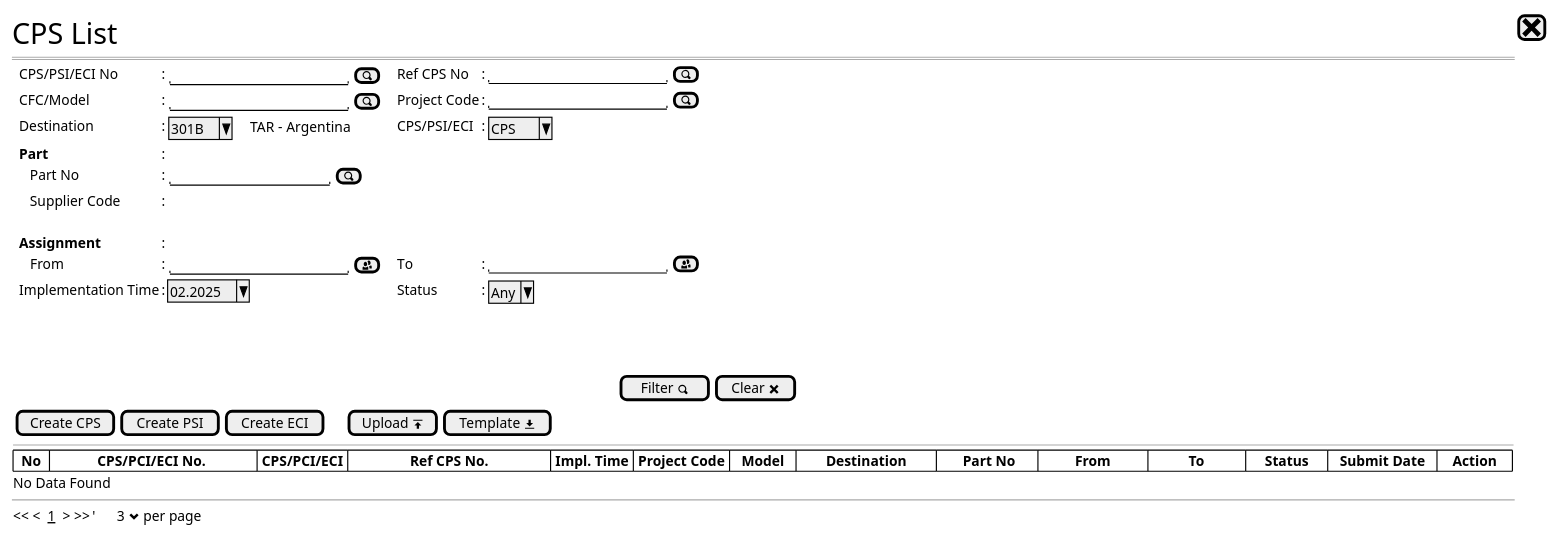
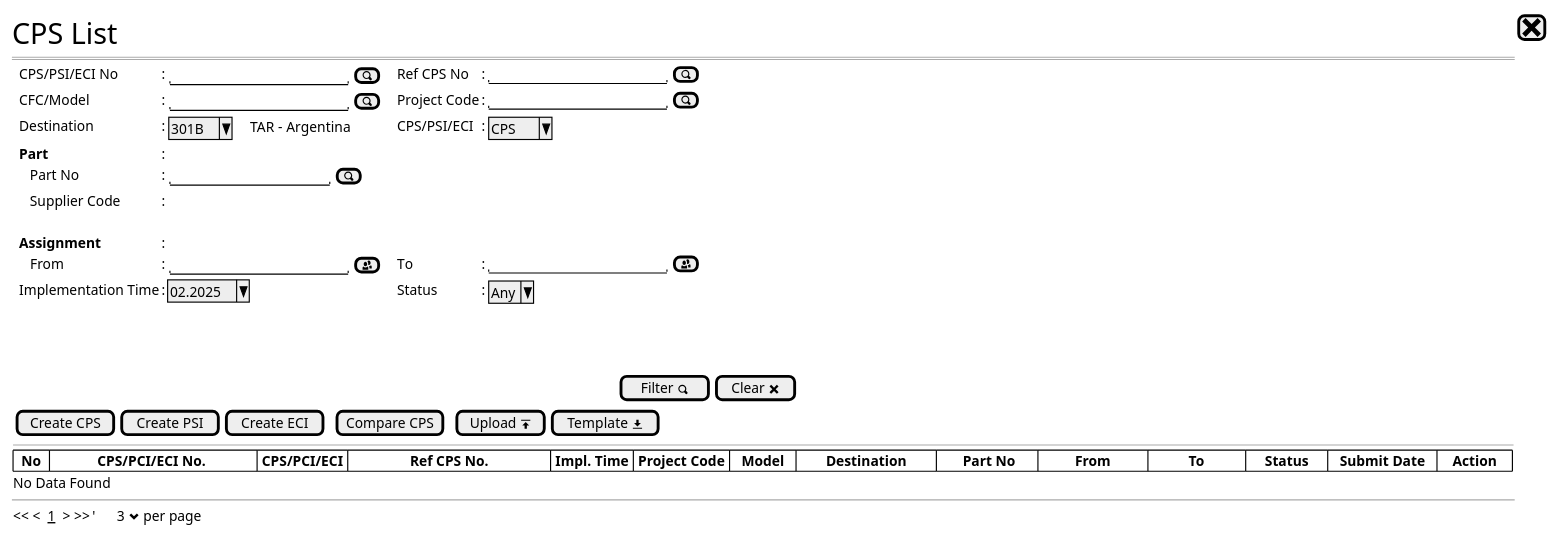
Before and after one commit to ari-fikri/packing-cost-mockup: the diagram in CPS PSE scenario/cps - new step0 (pse).puml, drawn with PlantUML. The commit also changed 2 other files, not shown here.

Commit message:
Add Compare button in CPS List to compare Submitted CPSes

```diff
--- a/CPS PSE scenario/cps - new step0 (pse).puml
+++ b/CPS PSE scenario/cps - new step0 (pse).puml
@@ -1,35 +1,35 @@
 @startsalt
 {
   <size:25>CPS List |[<size:25><&x>]|*
   ==
   {
     .|CPS/PSI/ECI No      |: {|"                   "|[<&magnifying-glass>] |}.|.|Ref CPS No          |: |"                   "|[<&magnifying-glass>]|*
     .|CFC/Model           |: {|"                   "|[<&magnifying-glass>] |}.|.|Project Code        |: |"                   "|[<&magnifying-glass>]|*
     .|Destination         |: {|^301B ^|    TAR - Argentina |}                .|.|CPS/PSI/ECI         |: {|^ CPS ^             |}*
     .|<b>Part          |: |*
     .|   Part No             |: {|"                 "|[<&magnifying-glass>]|}*
     .|   Supplier Code       |: {|                  |}*    
     .
     .|<b>Assignment          |: |*
     .|   From                |: {|"                   "|[<&people>]           |}.|.|To                  |: |"                   "|[<&people>]|*
     .|Implementation Time |: |^02.2025^     |.|.|Status        |: {| ^Any^ |}*    
   }
   .
   .
   .
   {|                                                                                                                                                                        |[Filter <&magnifying-glass>]|[Clear <&x>]|}
   {   
-    {[Create CPS] | [Create PSI]|[Create ECI]|.|.                |.           |                        [Upload <&data-transfer-upload>]| [Template <&data-transfer-download>]|} *
+    {[Create CPS] | [Create PSI]|[Create ECI]|.|[Compare CPS]|.           |                        [Upload <&data-transfer-upload>]| [Template <&data-transfer-download>]|} *
     --
     {#
       |  <b>No  |             <b>CPS/PCI/ECI No.              | <b>CPS/PCI/ECI |                 <b>Ref CPS No.                 | <b>Impl. Time | <b>Project Code |   <b>Model   |        <b>Destination        |      <b> Part No      |          <b>From          |           <b>To           |     <b>Status     |   <b>Submit Date   |    <b>Action    |*|*
       '|                    |                    |                  |                 |              |                |                           |                           |                   |                   |*|*|*
     }
     No Data Found    
   }
   --
   {
   << <  __1__  > >>  |'      3 <&chevron-bottom> per page |*
   }  
 }
 @endsalt
```
